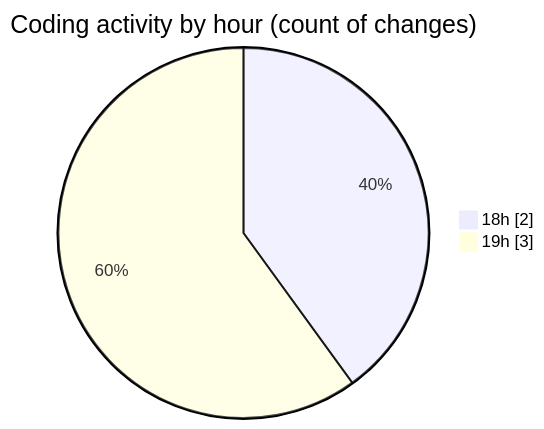
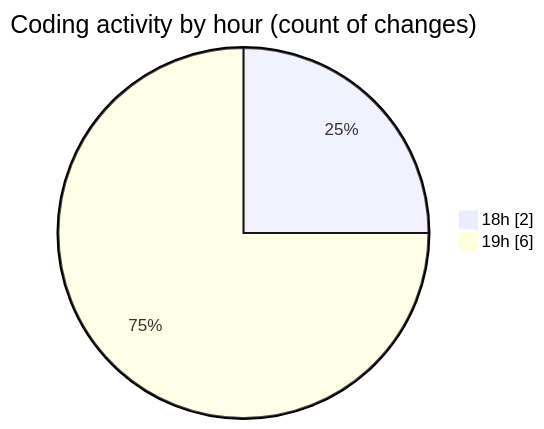
Before and after one commit to hasnaa123/code-tracking: the second of 2 diagrams in 2026-02-08/fondamentals/README.md, drawn with Mermaid. The commit also changed other lines of this file and 1 other file, not shown here.

````diff
--- a/2026-02-08/fondamentals/README.md
+++ b/2026-02-08/fondamentals/README.md
@@ -31,6 +31,6 @@
 ```mermaid
 pie showData
 title Coding activity by hour (count of changes)
 "18h" : 2
-"19h" : 3
+"19h" : 6
 ```
````
